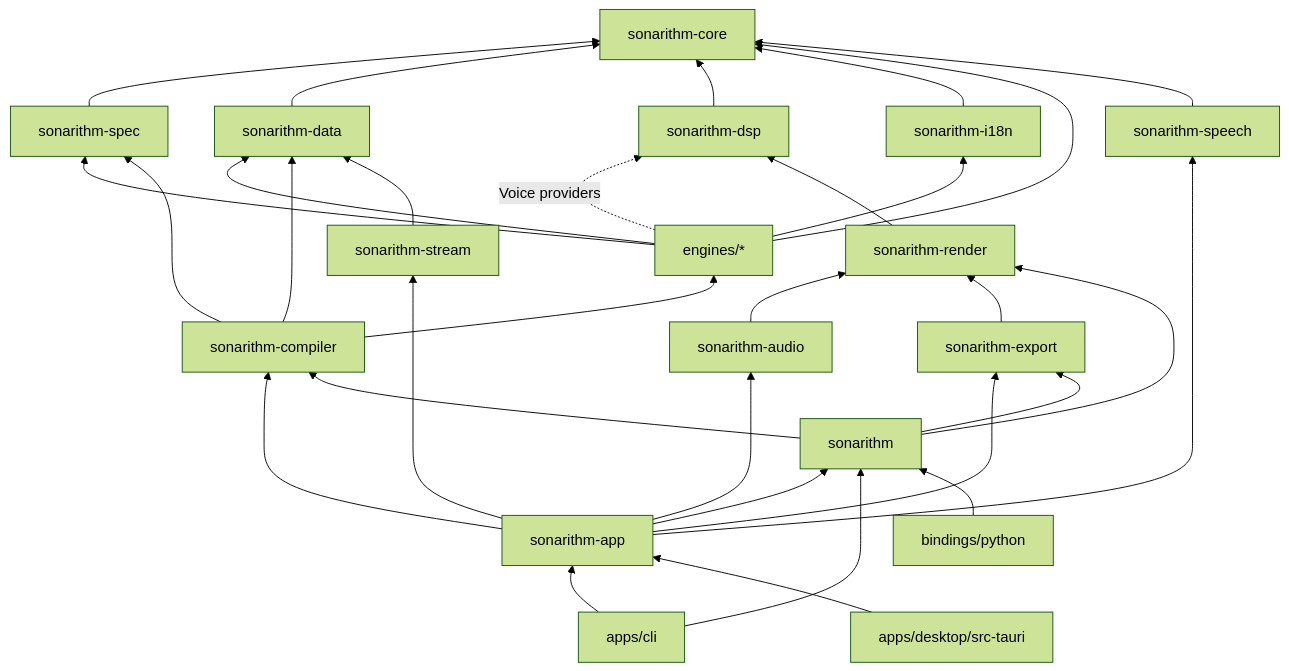
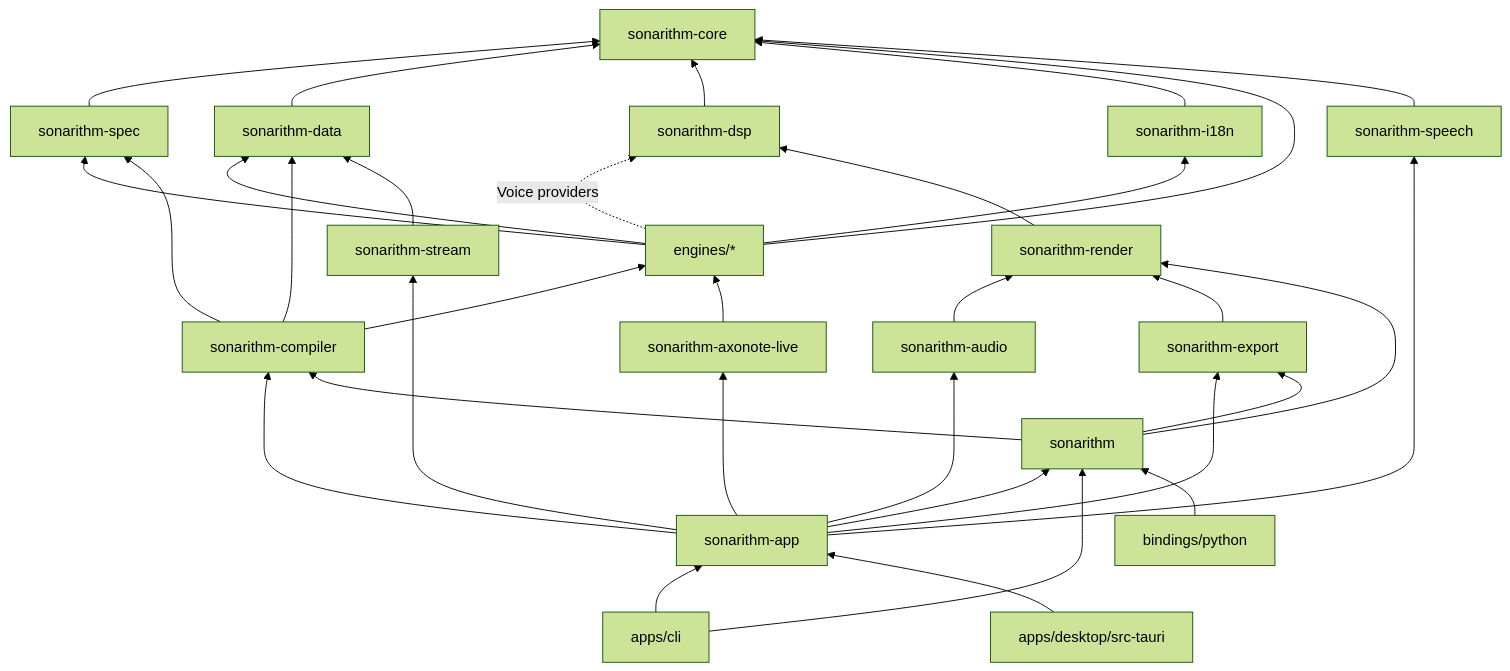
Before and after one commit to DuhItzAniket/SONARITHM: the diagram in docs/architecture/02-repository-and-crate-layout.md, drawn with Mermaid (forest theme). The commit also changed other lines of this file and 3 other files, not shown here.

First line of the commit message:
docs(axonote): record C04 licence check and live-sink placement

````diff
--- a/docs/architecture/02-repository-and-crate-layout.md
+++ b/docs/architecture/02-repository-and-crate-layout.md
@@ -107,21 +109,22 @@
 ```mermaid
 flowchart BT
   core[sonarithm-core]
   spec[sonarithm-spec] --> core
   data[sonarithm-data] --> core
   dsp[sonarithm-dsp] --> core
   i18n[sonarithm-i18n] --> core
   engines[engines/*] --> core & spec & data & i18n
   engines -. Voice providers .-> dsp
   compiler[sonarithm-compiler] --> spec & data & engines
   render[sonarithm-render] --> dsp
   audio[sonarithm-audio] --> render
   export[sonarithm-export] --> render
   stream[sonarithm-stream] --> data
   speech[sonarithm-speech] --> core
-  app[sonarithm-app] --> facade & compiler & audio & export & stream & speech
+  axlive[sonarithm-axonote-live] --> engines
+  app[sonarithm-app] --> facade & compiler & audio & export & stream & speech & axlive
   facade[sonarithm] --> compiler & render & export
   cli[apps/cli] --> app & facade
   desktop[apps/desktop/src-tauri] --> app
   py[bindings/python] --> facade
 ```
````
